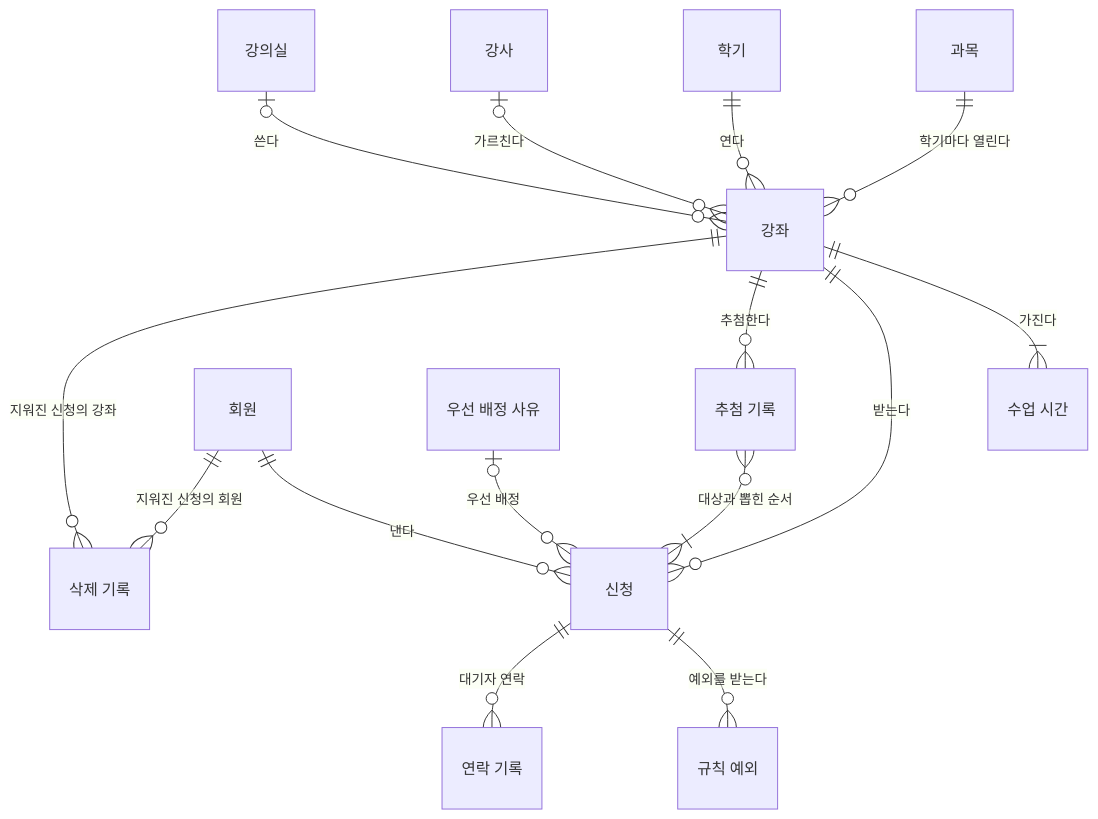
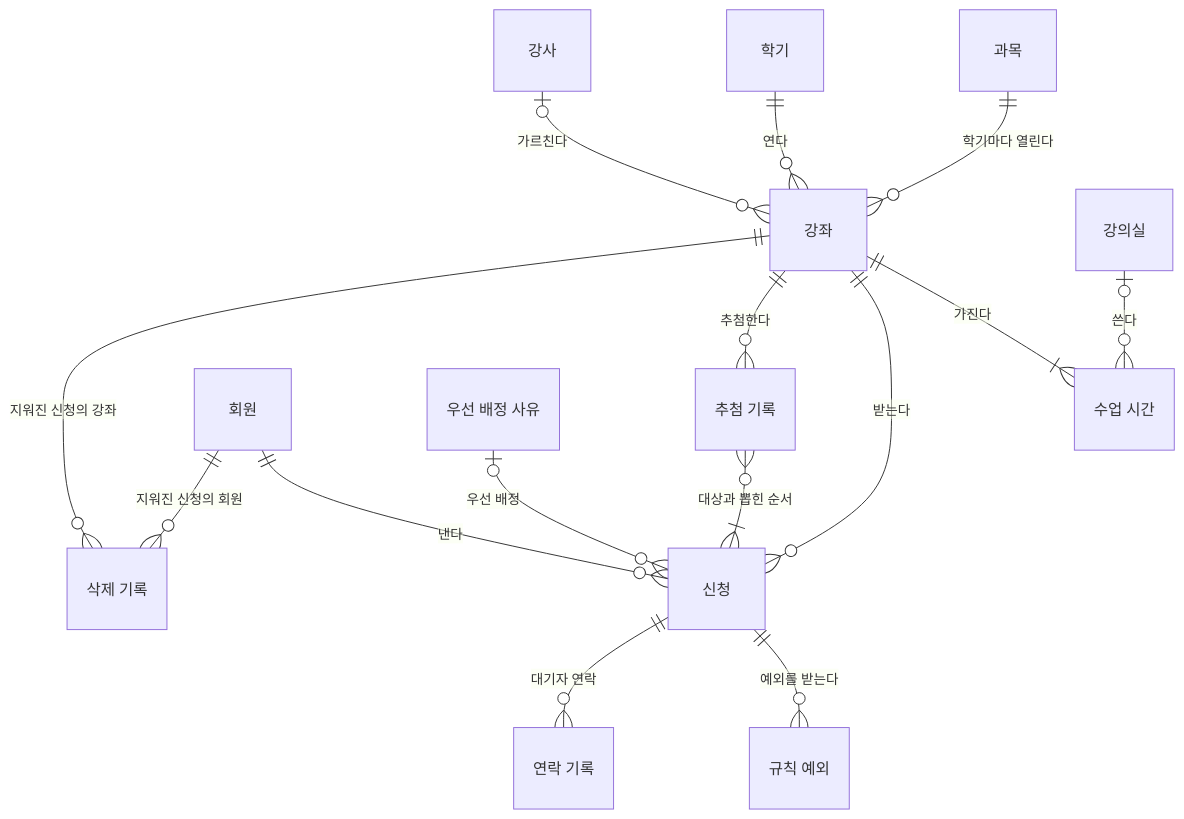
One commit to Homeria/baeum-maru changed the diagram in docs/domain/ERD.md. Above: the diagram before and after it, drawn with Mermaid. The commit also changed other lines of this file and 53 other files, not shown here.

````diff
--- a/docs/domain/ERD.md
+++ b/docs/domain/ERD.md
@@ -10,34 +10,34 @@
 ```mermaid
 erDiagram
     Term["학기"]
     Subject["과목"]
     Course["강좌"]
     Schedule["수업 시간"]
     Instructor["강사"]
     Room["강의실"]
     Member["회원"]
     Application["신청"]
     PriorityReason["우선 배정 사유"]
     RuleOverride["규칙 예외"]
     ContactLog["연락 기록"]
     LotteryRun["추첨 기록"]
     DeletionRecord["삭제 기록"]
 
     Subject ||--o{ Course : "학기마다 열린다"
     Term ||--o{ Course : "연다"
     Course ||--|{ Schedule : "가진다"
     Instructor |o--o{ Course : "가르친다"
-    Room |o--o{ Course : "쓴다"
+    Room |o--o{ Schedule : "쓴다"
 
     Member ||--o{ Application : "낸다"
     Course ||--o{ Application : "받는다"
     PriorityReason |o--o{ Application : "우선 배정"
     Application ||--o{ RuleOverride : "예외를 받는다"
     Application ||--o{ ContactLog : "대기자 연락"
 
     Course ||--o{ LotteryRun : "추첨한다"
     LotteryRun }o--|{ Application : "대상과 뽑힌 순서"
 
     Member ||--o{ DeletionRecord : "지워진 신청의 회원"
     Course ||--o{ DeletionRecord : "지워진 신청의 강좌"
 ```
````
